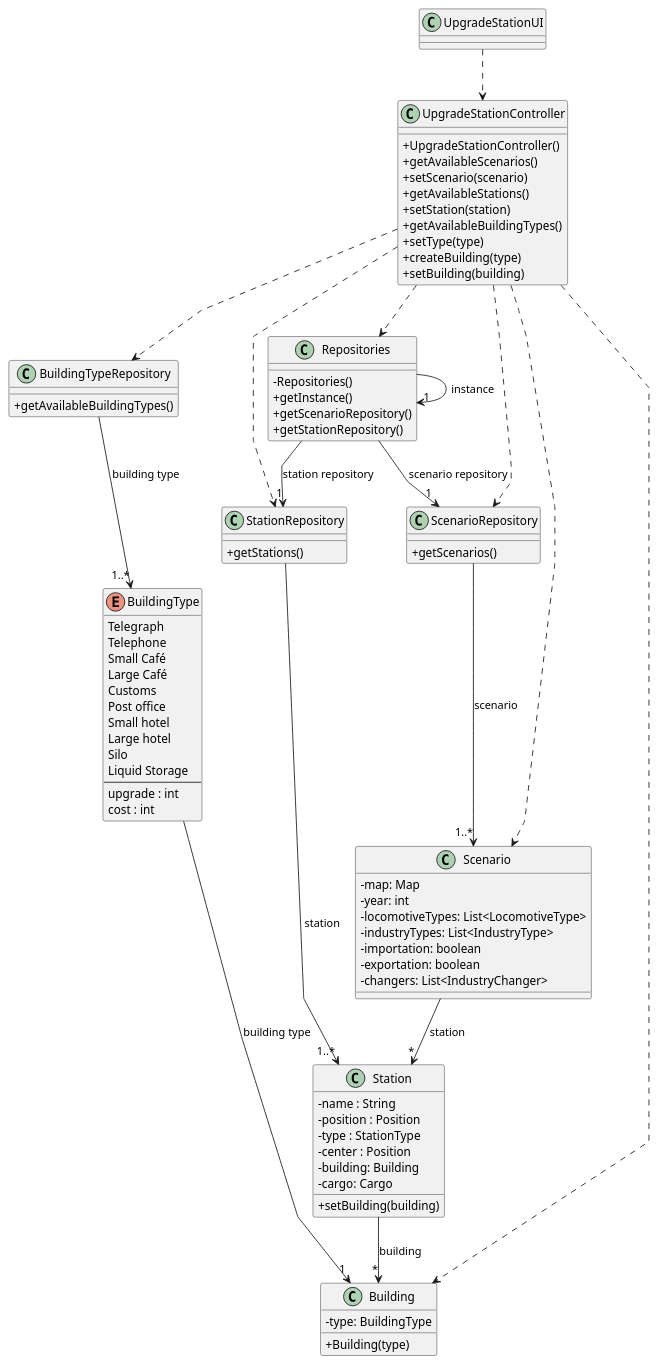
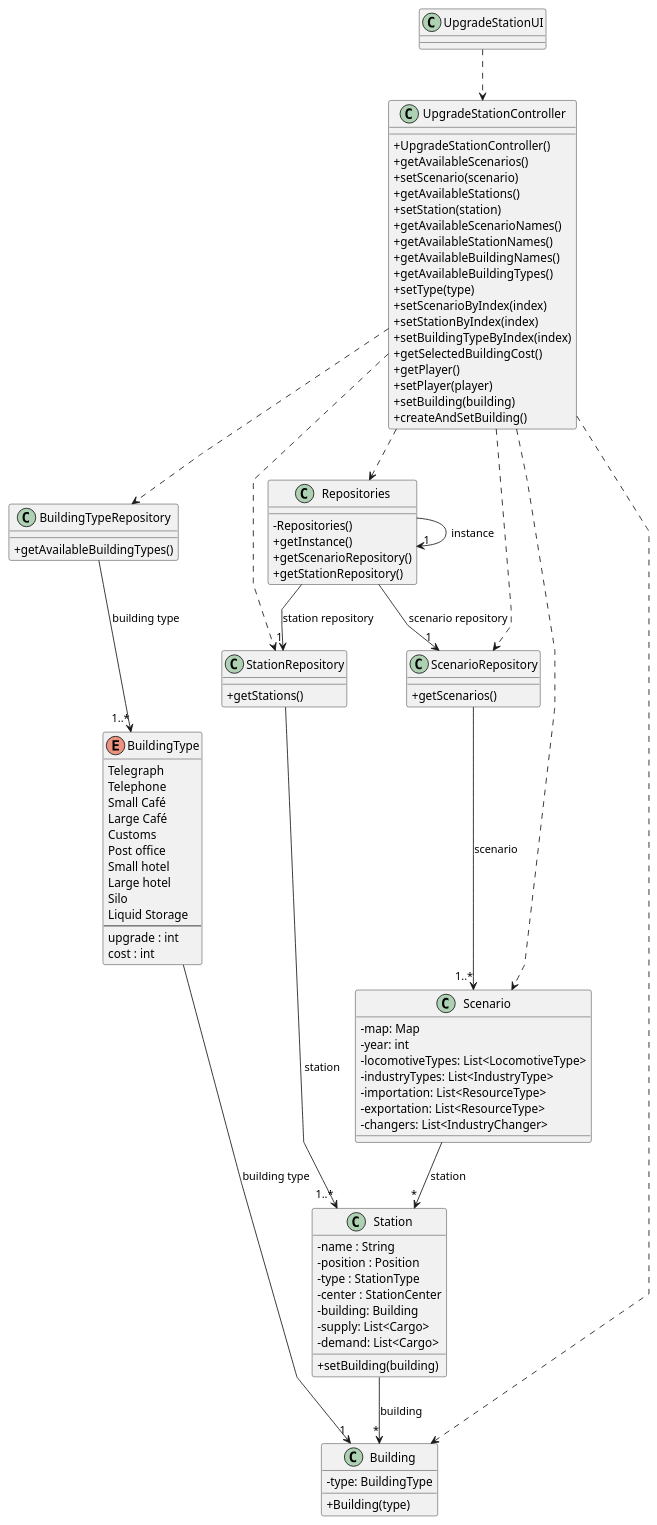
Before and after one commit to 1240935/pi2-railway-simulator: the diagram in Sprint2/US006/03.design/puml/US006-CD.puml, drawn with PlantUML. The commit also changed 2 other files, not shown here.

```diff
--- a/Sprint2/US006/03.design/puml/US006-CD.puml
+++ b/Sprint2/US006/03.design/puml/US006-CD.puml
@@ -1,110 +1,120 @@
 @startuml
 'skinparam monochrome true
 skinparam packageStyle rectangle
 skinparam shadowing false
 skinparam linetype polyline
 'skinparam linetype orto
 
 skinparam classAttributeIconSize 0
 
 'left to right direction
 
 class UpgradeStationUI {
 }
 
 class UpgradeStationController {
     + UpgradeStationController()
     + getAvailableScenarios()
     + setScenario(scenario)
     + getAvailableStations()
     + setStation(station)
+    + getAvailableScenarioNames()
+    + getAvailableStationNames()
+    + getAvailableBuildingNames()
     + getAvailableBuildingTypes()
     + setType(type)
-    + createBuilding(type)
+    + setScenarioByIndex(index)
+    + setStationByIndex(index)
+    + setBuildingTypeByIndex(index)
+    + getSelectedBuildingCost()
+    + getPlayer()
+    + setPlayer(player)
     + setBuilding(building)
+    + createAndSetBuilding()
 }
 
 class ScenarioRepository {
     + getScenarios()
 }
 
 class StationRepository {
     + getStations()
 }
 
 class Repositories {
     - Repositories()
     + getInstance()
     + getScenarioRepository()
     + getStationRepository()
 }
 
 class BuildingTypeRepository{
     +getAvailableBuildingTypes()
 }
 
 enum BuildingType {
     Telegraph
     Telephone
     Small Café
     Large Café
     Customs
     Post office
     Small hotel
     Large hotel
     Silo
     Liquid Storage
     --
     upgrade : int
     cost : int
 }
 
 class Building {
     -type: BuildingType
     + Building(type)
 }
 
 class Station{
     -name : String
     -position : Position
     -type : StationType
-    -center : Position
+    -center : StationCenter
     -building: Building
-    -cargo: Cargo
+    -supply: List<Cargo>
+    -demand: List<Cargo>
     +setBuilding(building)
 }
 
 class Scenario {
     -map: Map
     -year: int
     -locomotiveTypes: List<LocomotiveType>
     -industryTypes: List<IndustryType>
-    -importation: boolean
-    -exportation: boolean
+    -importation: List<ResourceType>
+    -exportation: List<ResourceType>
     -changers: List<IndustryChanger>
 }
 
 
 UpgradeStationUI ..> UpgradeStationController
 
 UpgradeStationController ..> Repositories
 UpgradeStationController ..> ScenarioRepository
 UpgradeStationController ..> StationRepository
 UpgradeStationController ..> Building
 UpgradeStationController ..> Scenario
 UpgradeStationController ..> BuildingTypeRepository
 
 ScenarioRepository --> "1..*" Scenario  : scenario
 StationRepository --> "1..*" Station  : station
 
 BuildingTypeRepository --> "1..*" BuildingType : building type
 Scenario --> "*" Station : station
 Station --> "*" Building : building
 
 Repositories --> "1" ScenarioRepository : scenario repository
 Repositories --> "1" Repositories : instance
 Repositories --> "1" StationRepository : station repository
 BuildingType --> "1" Building : building type
 
 
 @enduml
```
